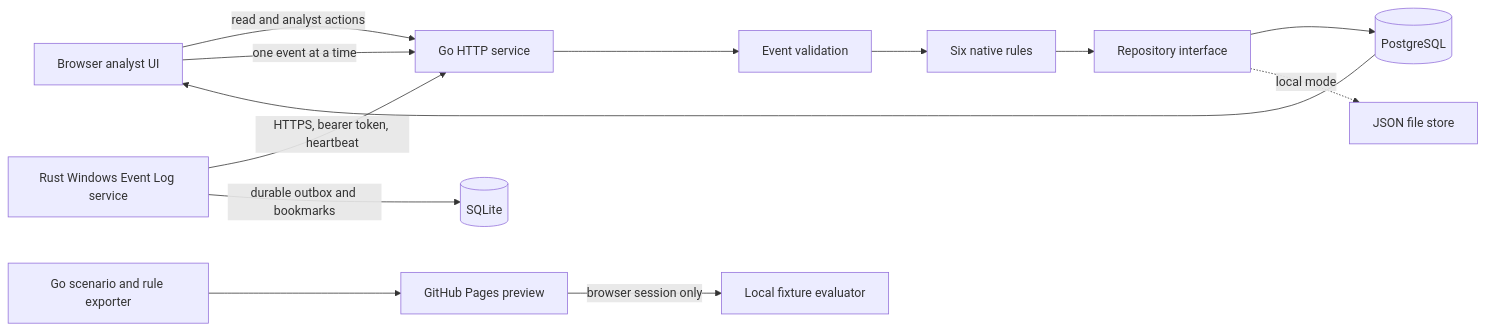
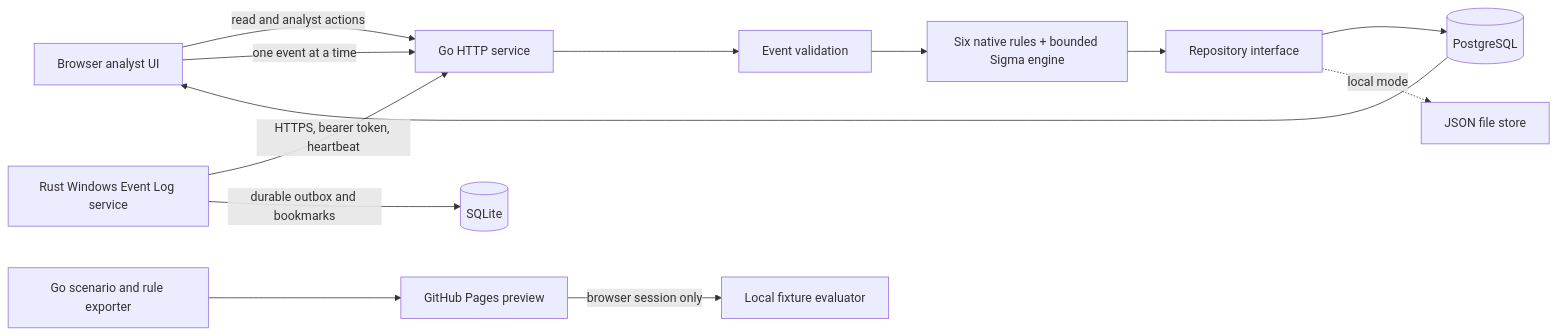
Before and after one commit to isandreythegrestestguyever/SENTINEL-Advanced-Endpoint-Detection-Response-Platform: the diagram in docs/ARCHITECTURE.md, drawn with Mermaid. The commit also changed other lines of this file and 13 other files, not shown here.

Commit message:
Activate bounded Sigma detection in ingestion

````diff
--- a/docs/ARCHITECTURE.md
+++ b/docs/ARCHITECTURE.md
@@ -5,15 +5,15 @@
 ```mermaid
 flowchart LR
   UI[Browser analyst UI] -->|read and analyst actions| API[Go HTTP service]
   UI -->|one event at a time| API
   SENSOR[Rust Windows Event Log service] -->|HTTPS, bearer token, heartbeat| API
   SENSOR -->|durable outbox and bookmarks| SPOOL[(SQLite)]
   API --> VALIDATE[Event validation]
-  VALIDATE --> ENGINE[Six native rules]
+  VALIDATE --> ENGINE[Six native rules + bounded Sigma engine]
   ENGINE --> STORE[Repository interface]
   STORE --> PG[(PostgreSQL)]
   STORE -. local mode .-> JSON[JSON file store]
   PG --> UI
   EXPORT[Go scenario and rule exporter] --> PAGES[GitHub Pages preview]
   PAGES -->|browser session only| JS[Local fixture evaluator]
 ```
````
